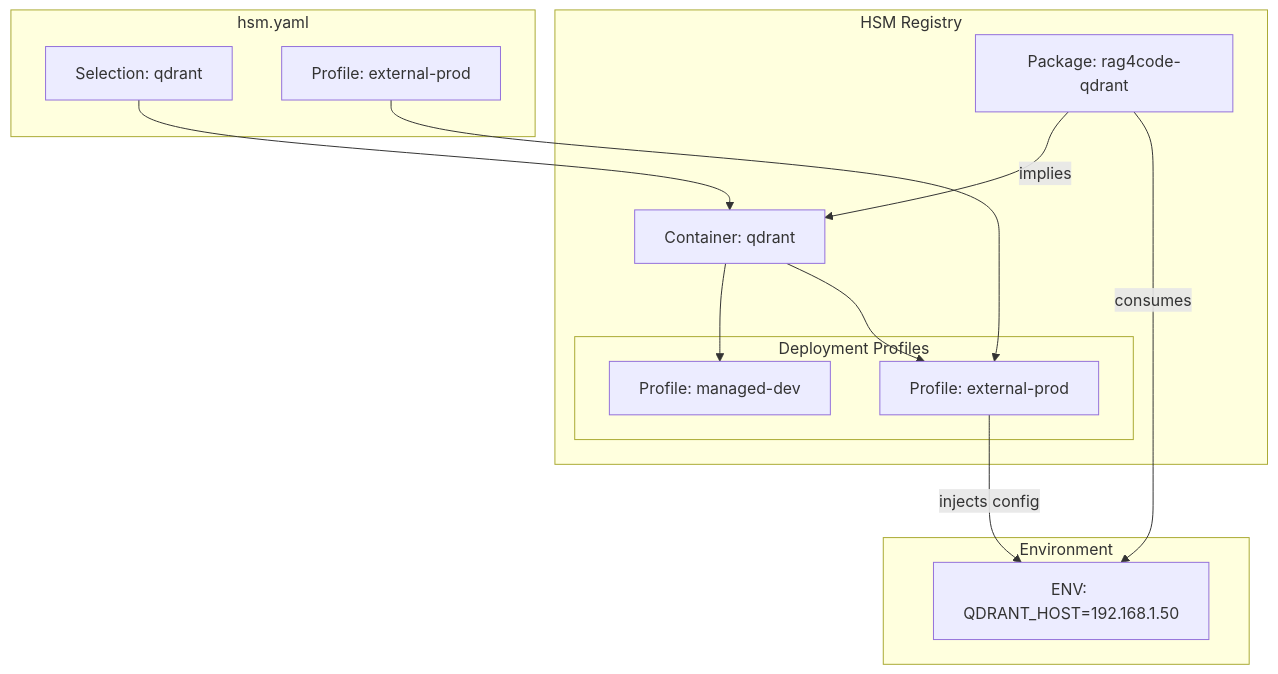
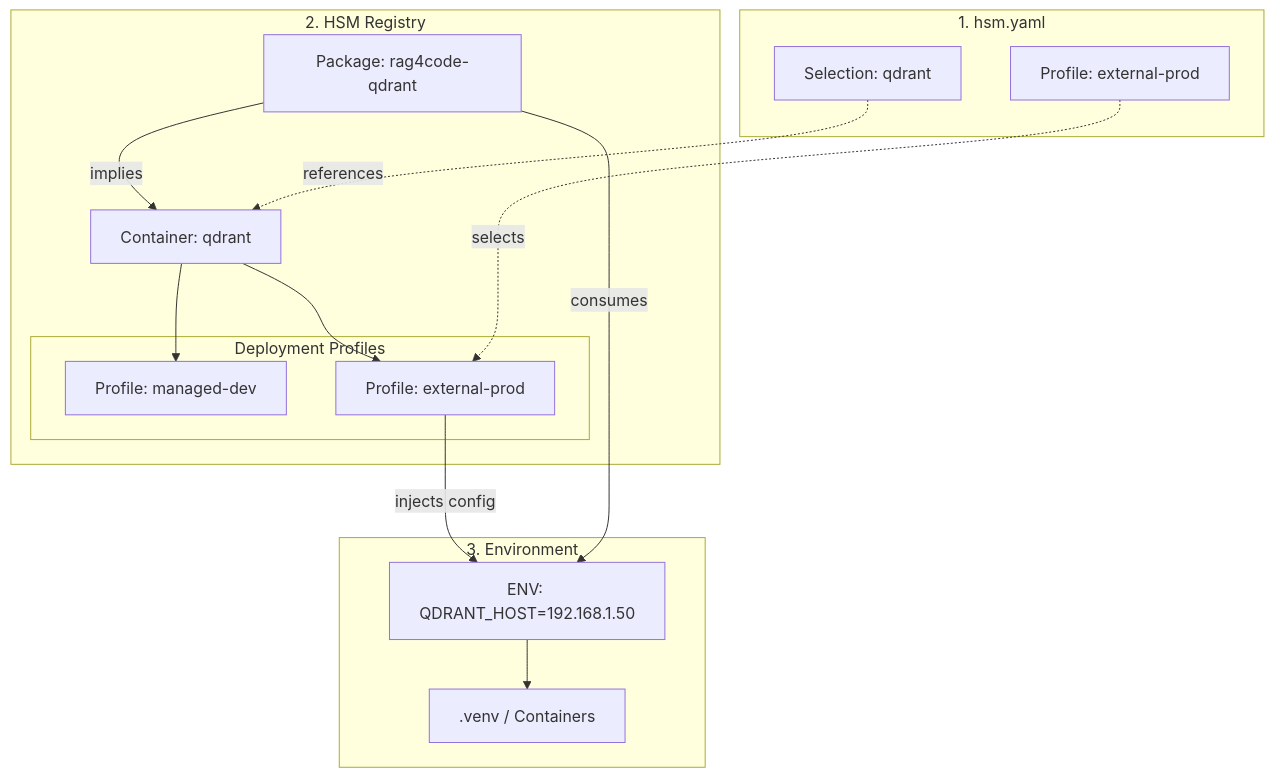
The diagram in docs/technical_design/10_dependency_implication.md (VLMHyperBenchTeam/hpm), drawn with Mermaid before and after one commit. The commit also changed other lines of this file and 1 other file, not shown here.

````diff
--- a/docs/technical_design/10_dependency_implication.md
+++ b/docs/technical_design/10_dependency_implication.md
@@ -165,32 +196,35 @@
 ```mermaid
 graph TD
-    subgraph Registry [HSM Registry]
+    subgraph Project [1. hsm.yaml]
+        UserSelection[Selection: qdrant]
+        UserProfile[Profile: external-prod]
+    end
+
+    subgraph Registry [2. HSM Registry]
         Pkg[Package: rag4code-qdrant]
         Cont[Container: qdrant]
         
         subgraph Profiles [Deployment Profiles]
             ProfDev[Profile: managed-dev]
             ProfProd[Profile: external-prod]
         end
         
         Cont --> ProfDev
         Cont --> ProfProd
         
         Pkg -->|implies| Cont
     end
 
-    subgraph Project [hsm.yaml]
-        UserSelection[Selection: qdrant]
-        UserProfile[Profile: external-prod]
-        
-        UserSelection --> Cont
-        UserProfile --> ProfProd
+    subgraph Runtime [3. Environment]
+        EnvVars[ENV: QDRANT_HOST=192.168.1.50]
+        Venv[.venv / Containers]
     end
 
-    subgraph Runtime [Environment]
-        EnvVars[ENV: QDRANT_HOST=192.168.1.50]
-    end
-
+    %% Связи между уровнями
+    UserSelection -.->|references| Cont
+    UserProfile -.->|selects| ProfProd
+    
     ProfProd -->|injects config| EnvVars
     Pkg -->|consumes| EnvVars
+    EnvVars --> Venv
 ```
````
